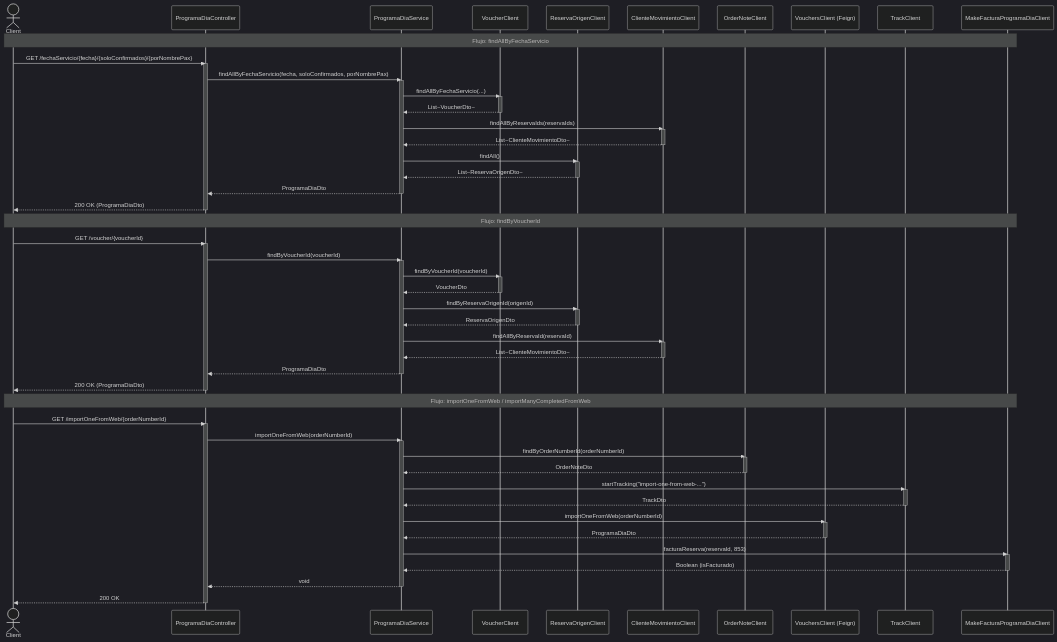
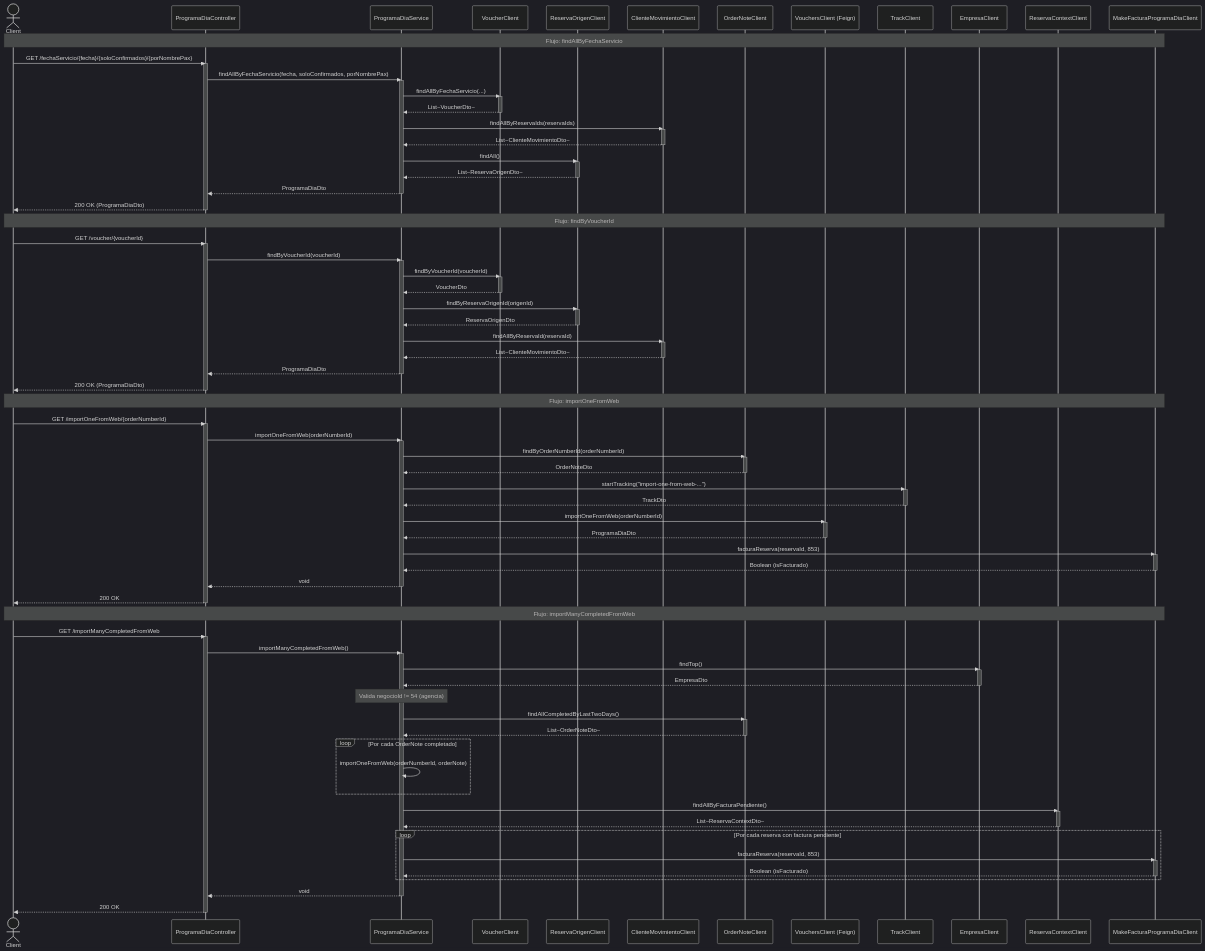
The diagram in docs/diagrams/sequence-flow.mmd (ETEREA-services/ETEREA.programa-dia-service), drawn with Mermaid (dark theme) before and after one commit. The commit also changed 5 other files, not shown here.

```diff
--- a/docs/diagrams/sequence-flow.mmd
+++ b/docs/diagrams/sequence-flow.mmd
@@ -1,81 +1,115 @@
 sequenceDiagram
     actor C as Client
     participant PDC as ProgramaDiaController
     participant PDS as ProgramaDiaService
     participant VC as VoucherClient
     participant ROC as ReservaOrigenClient
     participant CMC as ClienteMovimientoClient
     participant ONC as OrderNoteClient
     participant VFC as VouchersClient (Feign)
     participant TC as TrackClient
+    participant EC as EmpresaClient
+    participant RC as ReservaContextClient
     participant MFPC as MakeFacturaProgramaDiaClient
 
     Note over C,MFPC: Flujo: findAllByFechaServicio
     C->>PDC: GET /fechaServicio/{fecha}/{soloConfirmados}/{porNombrePax}
     activate PDC
     PDC->>PDS: findAllByFechaServicio(fecha, soloConfirmados, porNombrePax)
     activate PDS
     PDS->>VC: findAllByFechaServicio(...)
     activate VC
     VC-->>PDS: List~VoucherDto~
     deactivate VC
     PDS->>CMC: findAllByReservaIds(reservaIds)
     activate CMC
     CMC-->>PDS: List~ClienteMovimientoDto~
     deactivate CMC
     PDS->>ROC: findAll()
     activate ROC
     ROC-->>PDS: List~ReservaOrigenDto~
     deactivate ROC
     PDS-->>PDC: ProgramaDiaDto
     deactivate PDS
     PDC-->>C: 200 OK (ProgramaDiaDto)
     deactivate PDC
 
     Note over C,MFPC: Flujo: findByVoucherId
     C->>PDC: GET /voucher/{voucherId}
     activate PDC
     PDC->>PDS: findByVoucherId(voucherId)
     activate PDS
     PDS->>VC: findByVoucherId(voucherId)
     activate VC
     VC-->>PDS: VoucherDto
     deactivate VC
     PDS->>ROC: findByReservaOrigenId(origenId)
     activate ROC
     ROC-->>PDS: ReservaOrigenDto
     deactivate ROC
     PDS->>CMC: findAllByReservaId(reservaId)
     activate CMC
     CMC-->>PDS: List~ClienteMovimientoDto~
     deactivate CMC
     PDS-->>PDC: ProgramaDiaDto
     deactivate PDS
     PDC-->>C: 200 OK (ProgramaDiaDto)
     deactivate PDC
 
-    Note over C,MFPC: Flujo: importOneFromWeb / importManyCompletedFromWeb
+    Note over C,MFPC: Flujo: importOneFromWeb
     C->>PDC: GET /importOneFromWeb/{orderNumberId}
     activate PDC
     PDC->>PDS: importOneFromWeb(orderNumberId)
     activate PDS
     PDS->>ONC: findByOrderNumberId(orderNumberId)
     activate ONC
     ONC-->>PDS: OrderNoteDto
     deactivate ONC
     PDS->>TC: startTracking("import-one-from-web-...")
     activate TC
     TC-->>PDS: TrackDto
     deactivate TC
     PDS->>VFC: importOneFromWeb(orderNumberId)
     activate VFC
     VFC-->>PDS: ProgramaDiaDto
     deactivate VFC
     PDS->>MFPC: facturaReserva(reservaId, 853)
     activate MFPC
     MFPC-->>PDS: Boolean (isFacturado)
     deactivate MFPC
     PDS-->>PDC: void
     deactivate PDS
     PDC-->>C: 200 OK
     deactivate PDC
+
+    Note over C,MFPC: Flujo: importManyCompletedFromWeb
+    C->>PDC: GET /importManyCompletedFromWeb
+    activate PDC
+    PDC->>PDS: importManyCompletedFromWeb()
+    activate PDS
+    PDS->>EC: findTop()
+    activate EC
+    EC-->>PDS: EmpresaDto
+    deactivate EC
+    Note over PDS: Valida negocioId != 54 (agencia)
+    PDS->>ONC: findAllCompletedByLastTwoDays()
+    activate ONC
+    ONC-->>PDS: List~OrderNoteDto~
+    deactivate ONC
+    loop Por cada OrderNote completado
+        PDS->>PDS: importOneFromWeb(orderNumberId, orderNote)
+    end
+    PDS->>RC: findAllByFacturaPendiente()
+    activate RC
+    RC-->>PDS: List~ReservaContextDto~
+    deactivate RC
+    loop Por cada reserva con factura pendiente
+        PDS->>MFPC: facturaReserva(reservaId, 853)
+        activate MFPC
+        MFPC-->>PDS: Boolean (isFacturado)
+        deactivate MFPC
+    end
+    PDS-->>PDC: void
+    deactivate PDS
+    PDC-->>C: 200 OK
+    deactivate PDC
```
